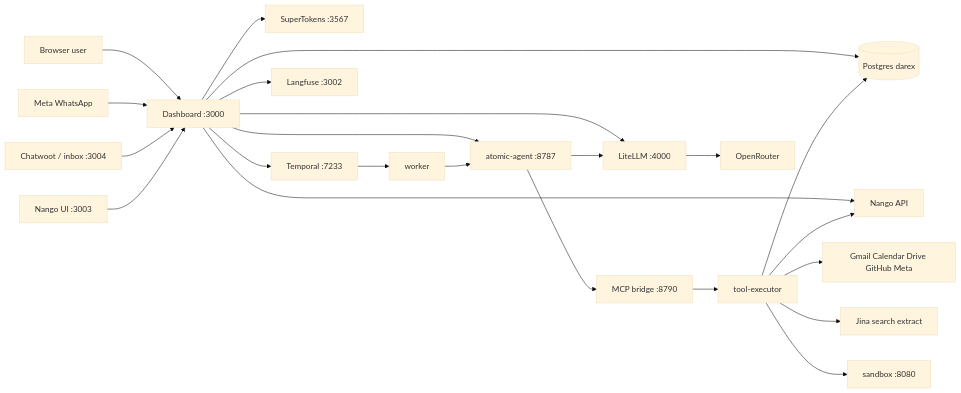
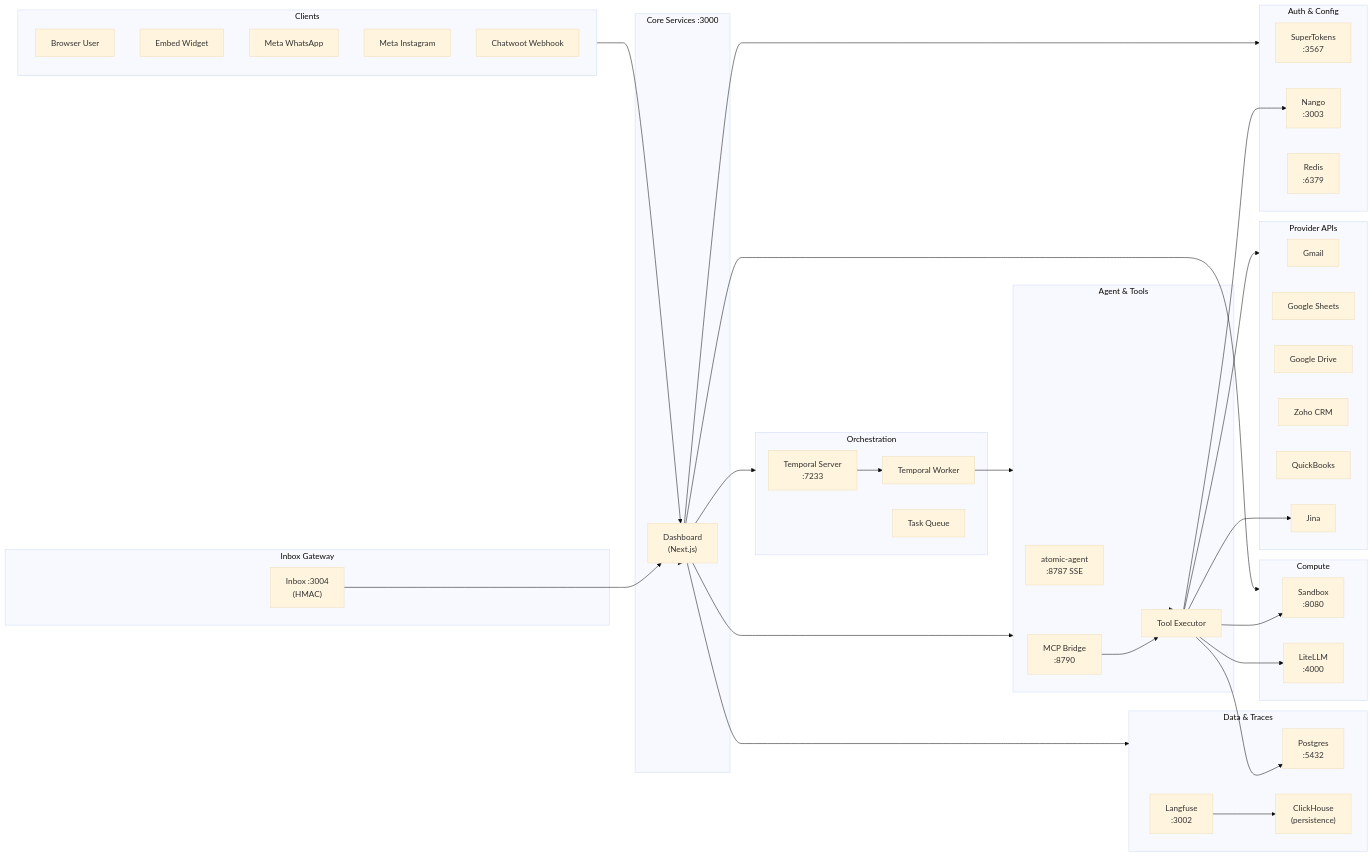
Before and after one commit to Siddhantdamre/Agentic-OS: the first of 20 diagrams in docs/current-working/02-architecture-diagrams.md, drawn with Mermaid (base theme). The commit also changed other lines of this file, not shown here.

First line of the commit message:
docs: add 20 comprehensive architecture diagrams to 02-architecture-diagrams.md

````diff
--- a/docs/current-working/02-architecture-diagrams.md
+++ b/docs/current-working/02-architecture-diagrams.md
@@ -8,33 +9,76 @@
 ```mermaid
 flowchart LR
-  User[Browser user]
-  Meta[Meta WhatsApp]
-  Chatwoot[Chatwoot / inbox :3004]
-  NangoUI[Nango UI :3003]
+  subgraph Clients["Clients"]
+    User["Browser User"]
+    Widget["Embed Widget"]
+    Meta["Meta WhatsApp"]
+    IG["Meta Instagram"]
+    Chatwoot["Chatwoot Webhook"]
+  end
 
-  Dash[Dashboard :3000]
-  User --> Dash
-  Meta --> Dash
-  Chatwoot --> Dash
-  NangoUI --> Dash
+  subgraph Core["Core Services :3000"]
+    Dash["Dashboard<br/>(Next.js)"]
+  end
 
-  Dash --> PG[(Postgres darex)]
-  Dash --> ST[SuperTokens :3567]
-  Dash --> AA[atomic-agent :8787]
-  Dash --> LLM[LiteLLM :4000]
-  Dash --> T[Temporal :7233]
-  Dash --> Nango[Nango API]
-  Dash --> LF[Langfuse :3002]
+  subgraph Auth["Auth & Config"]
+    ST["SuperTokens<br/>:3567"]
+    Nango["Nango<br/>:3003"]
+    Redis["Redis<br/>:6379"]
+  end
 
-  T --> Worker[worker]
-  Worker --> AA
-  AA --> Bridge[MCP bridge :8790]
-  Bridge --> Exec[tool-executor]
+  subgraph Agent["Agent & Tools"]
+    AA["atomic-agent<br/>:8787 SSE"]
+    Bridge["MCP Bridge<br/>:8790"]
+    Exec["Tool Executor"]
+  end
+
+  subgraph Orchestration["Orchestration"]
+    Temporal["Temporal Server<br/>:7233"]
+    Worker["Temporal Worker"]
+    Queue["Task Queue"]
+  end
+
+  subgraph Data["Data & Traces"]
+    PG["Postgres<br/>:5432"]
+    Langfuse["Langfuse<br/>:3002"]
+    CH["ClickHouse<br/>(persistence)"]
+  end
+
+  subgraph Compute["Compute"]
+    Sandbox["Sandbox<br/>:8080"]
+    LLM["LiteLLM<br/>:4000"]
+  end
+
+  subgraph Providers["Provider APIs"]
+    Gmail["Gmail"]
+    GSheets["Google Sheets"]
+    GDrive["Google Drive"]
+    Zoho["Zoho CRM"]
+    QBO["QuickBooks"]
+    Jina["Jina"]
+  end
+
+  subgraph Inbox["Inbox Gateway"]
+    IGW["Inbox :3004<br/>(HMAC)"]
+  end
+
+  Clients --> Dash
+  Dash --> Auth
+  Dash --> Core
+  Dash --> Agent
+  Dash --> Orchestration
+  Dash --> Data
+  Dash --> Compute
+  Temporal --> Worker
+  Worker --> Agent
+  Agent --> Exec
+  Bridge --> Exec
   Exec --> Nango
-  Exec --> APIs[Gmail Calendar Drive GitHub Meta]
+  Exec --> Providers
   Exec --> PG
-  Exec --> Jina[Jina search extract]
-  Exec --> SB[sandbox :8080]
-  LLM --> OR[OpenRouter]
-  AA --> LLM
+  Exec --> Sandbox
+  Exec --> Jina
+  Exec --> LLM
+  Langfuse --> CH
+  IGW --> Dash
 ```
````
